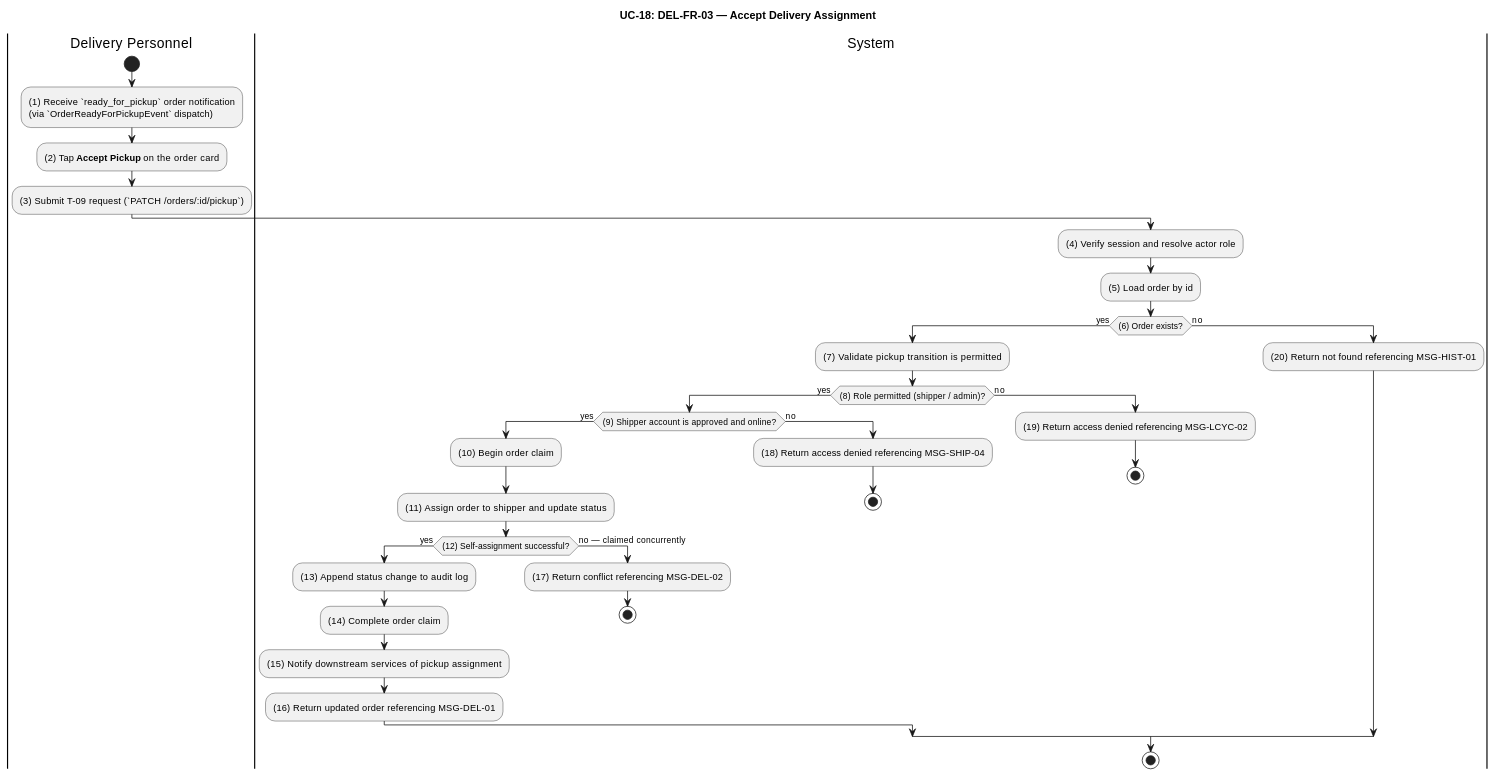
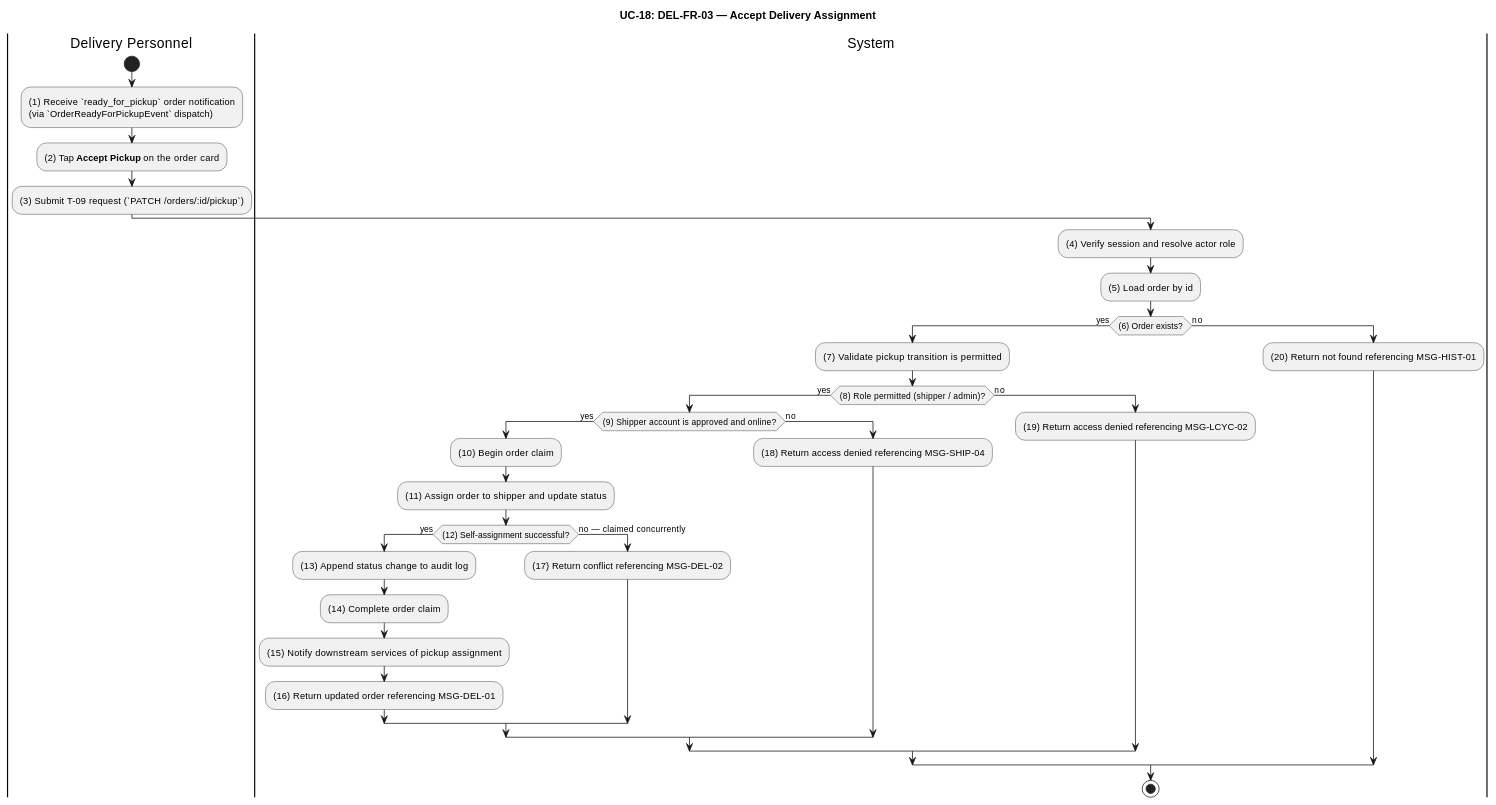
Before and after one commit to luubinhdeptrai/Food_Delivery: diagram 18 of 35 in apps/api/docs/Final_Documents/SRS_FoodDelivery.md, drawn with PlantUML. The commit also changed other lines of this file, not shown here.

````diff
--- a/apps/api/docs/Final_Documents/SRS_FoodDelivery.md
+++ b/apps/api/docs/Final_Documents/SRS_FoodDelivery.md
@@ -1434,43 +1424,40 @@
 ```plantuml
 @startuml UC18-AcceptDeliveryAssignment
 title UC-18: DEL-FR-03 — Accept Delivery Assignment
 skinparam ConditionEndStyle hline
 
 |Delivery Personnel|
 start
 :(1) Receive `ready_for_pickup` order notification\n(via `OrderReadyForPickupEvent` dispatch);
 :(2) Tap **Accept Pickup** on the order card;
 :(3) Submit T-09 request (`PATCH /orders/:id/pickup`);
 
 |System|
 :(4) Verify session and resolve actor role;
 :(5) Load order by id;
 if ((6) Order exists?) then (yes)
   :(7) Validate pickup transition is permitted;
   if ((8) Role permitted (shipper / admin)?) then (yes)
     if ((9) Shipper account is approved and online?) then (yes)
       :(10) Begin order claim;
       :(11) Assign order to shipper and update status;
       if ((12) Self-assignment successful?) then (yes)
         :(13) Append status change to audit log;
         :(14) Complete order claim;
         :(15) Notify downstream services of pickup assignment;
         :(16) Return updated order referencing MSG-DEL-01;
       else (no — claimed concurrently)
         :(17) Return conflict referencing MSG-DEL-02;
-        stop
-      endif
+endif
     else (no)
       :(18) Return access denied referencing MSG-SHIP-04;
-      stop
-    endif
+endif
   else (no)
     :(19) Return access denied referencing MSG-LCYC-02;
-    stop
-  endif
+endif
 else (no)
   :(20) Return not found referencing MSG-HIST-01;
 endif
 stop
 @enduml
 ```
````
